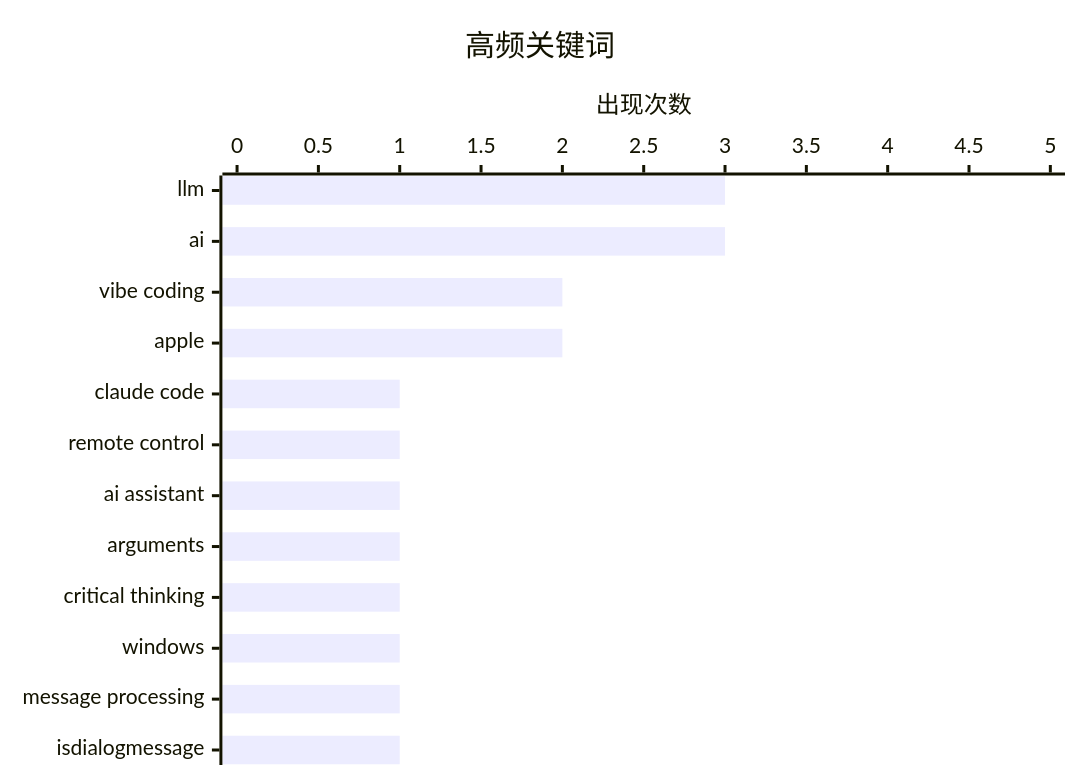
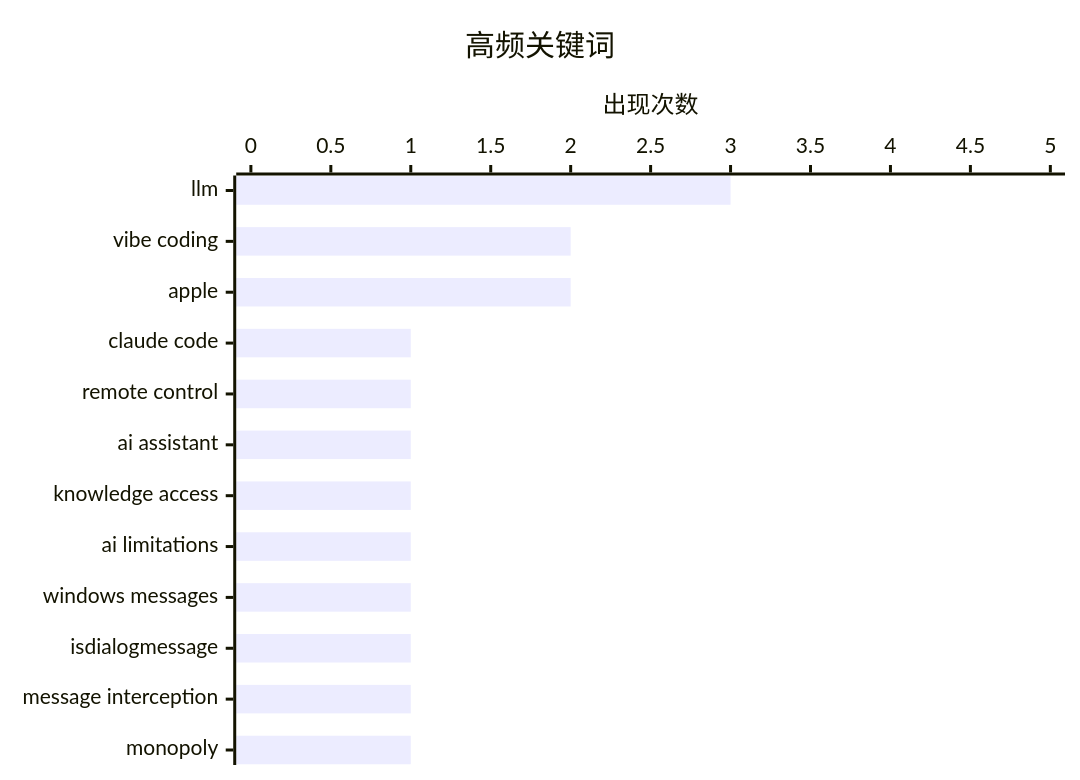
One commit to hustlyt/ai-daily-digest changed the second of 2 diagrams in src/content/digest/2026-02-26.md. Above: the diagram before and after it, drawn with Mermaid. The commit also changed other lines of this file, not shown here.

````diff
--- a/src/content/digest/2026-02-26.md
+++ b/src/content/digest/2026-02-26.md
@@ -72,7 +72,7 @@
 ```mermaid
 xychart-beta horizontal
     title "高频关键词"
-    x-axis ["llm", "ai", "vibe coding", "apple", "claude code", "remote control", "ai assistant", "arguments", "critical thinking", "windows", "message processing", "isdialogmessage"]
+    x-axis ["llm", "vibe coding", "apple", "claude code", "remote control", "ai assistant", "knowledge access", "ai limitations", "windows messages", "isdialogmessage", "message interception", "monopoly"]
     y-axis "出现次数" 0 --> 5
-    bar [3, 3, 2, 2, 1, 1, 1, 1, 1, 1, 1, 1]
+    bar [3, 2, 2, 1, 1, 1, 1, 1, 1, 1, 1, 1]
 ```
````
